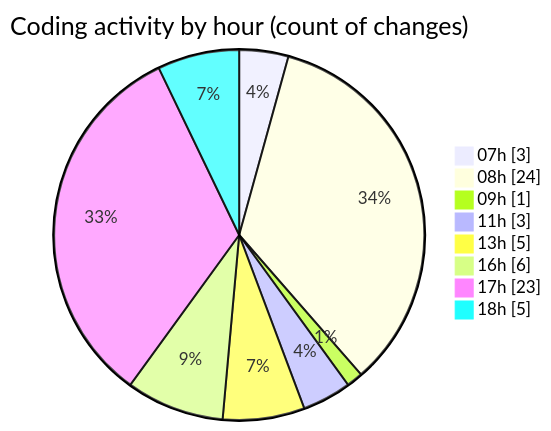
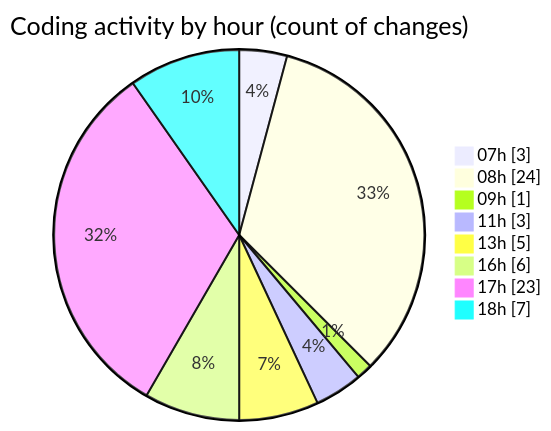
The second of 2 diagrams in 2026-02-20/bot_i_a/README.md (becaeroporto-bot/code-tracking), drawn with Mermaid before and after one commit. The commit also changed other lines of this file and 1 other file, not shown here.

````diff
--- a/2026-02-20/bot_i_a/README.md
+++ b/2026-02-20/bot_i_a/README.md
@@ -53,12 +53,12 @@
 ```mermaid
 pie showData
 title Coding activity by hour (count of changes)
 "07h" : 3
 "08h" : 24
 "09h" : 1
 "11h" : 3
 "13h" : 5
 "16h" : 6
 "17h" : 23
-"18h" : 5
+"18h" : 7
 ```
````
